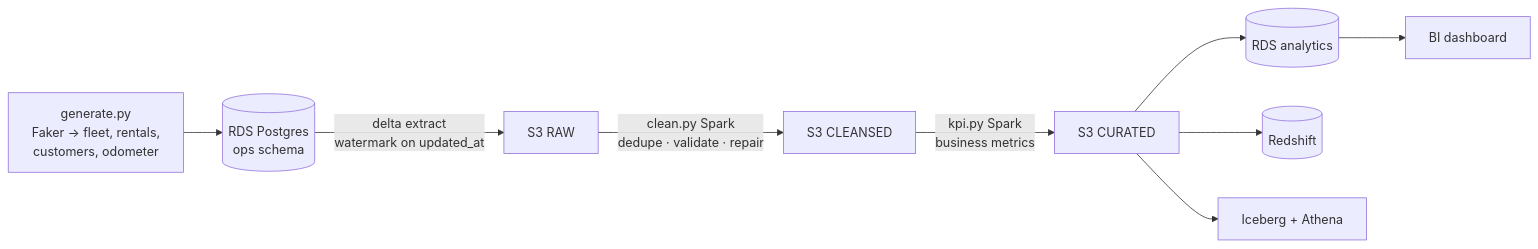
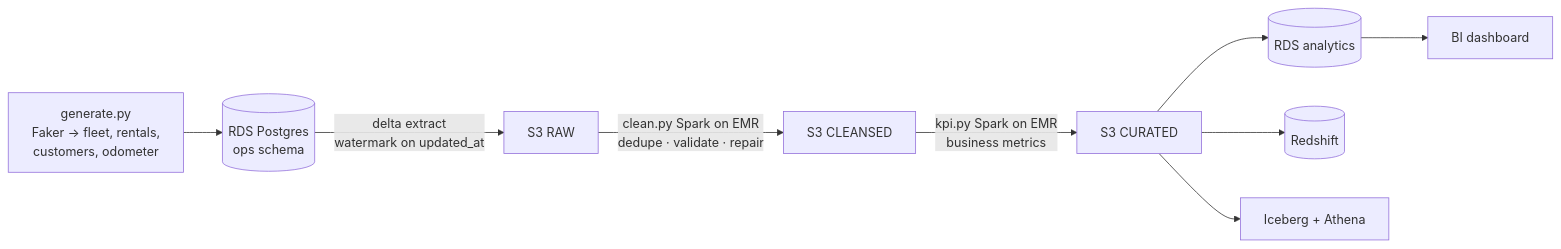
Before and after one commit to MatheusSabaudo/DriveFlow-Car-Rental-Pipeline: the diagram in README.md, drawn with Mermaid. The commit also changed other lines of this file, not shown here.

````diff
--- a/README.md
+++ b/README.md
@@ -41,11 +41,11 @@
 ```mermaid
 flowchart LR
     GEN[generate.py<br/>Faker → fleet, rentals,<br/>customers, odometer] --> RDS[(RDS Postgres<br/>ops schema)]
     RDS -->|delta extract<br/>watermark on updated_at| RAW[S3 RAW]
-    RAW -->|clean.py Spark<br/>dedupe · validate · repair| CLN[S3 CLEANSED]
-    CLN -->|kpi.py Spark<br/>business metrics| CUR[S3 CURATED]
+    RAW -->|clean.py Spark on EMR<br/>dedupe · validate · repair| CLN[S3 CLEANSED]
+    CLN -->|kpi.py Spark on EMR<br/>business metrics| CUR[S3 CURATED]
     CUR --> ANL[(RDS analytics)]
     CUR --> RS[(Redshift)]
     CUR --> ICE[Iceberg + Athena]
     ANL --> BI[BI dashboard]
 ```
````
